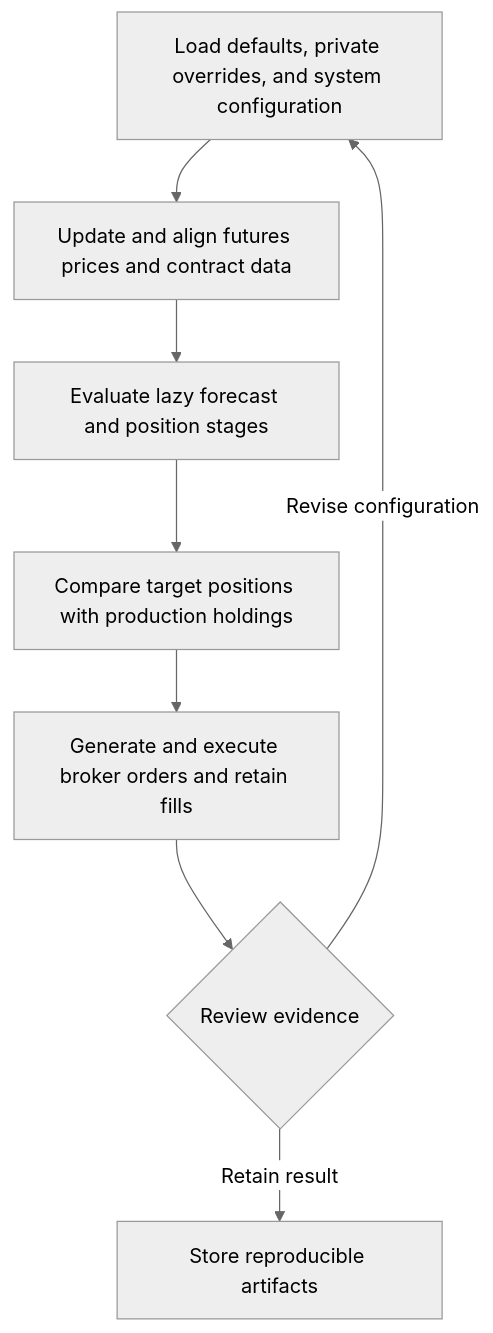
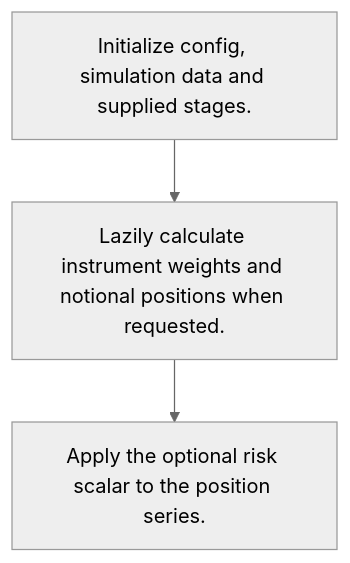
Before and after one commit to alexcwyu/pysystemtrade: the third of 4 diagrams in docs/ayu-develop.md, drawn with Mermaid (neutral theme). The commit also changed other lines of this file and 13 other files, not shown here.

Commit message:
docs: standardize source-reviewed system guides and offline diagrams

````diff
--- a/docs/ayu-develop.md
+++ b/docs/ayu-develop.md
@@ -75,12 +123,8 @@
 ```mermaid
 flowchart TD
-    W0["Load defaults, private overrides, and system configuration"]
-    W1["Update and align futures prices and contract data"]
-    W2["Evaluate lazy forecast and position stages"]
-    W3["Compare target positions with production holdings"]
-    W4["Generate and execute broker orders and retain fills"]
-    W0 --> W1 --> W2 --> W3 --> W4
-    W4 --> R{"Review evidence"}
-    R -->|Revise configuration| W0
-    R -->|Retain result| A["Store reproducible artifacts"]
+  W0["Initialize config, simulation data and supplied stages."]
+  W1["Lazily calculate instrument weights and notional positions when requested."]
+  W0 --> W1
+  W2["Apply the optional risk scalar to the position series."]
+  W1 --> W2
 ```
````
